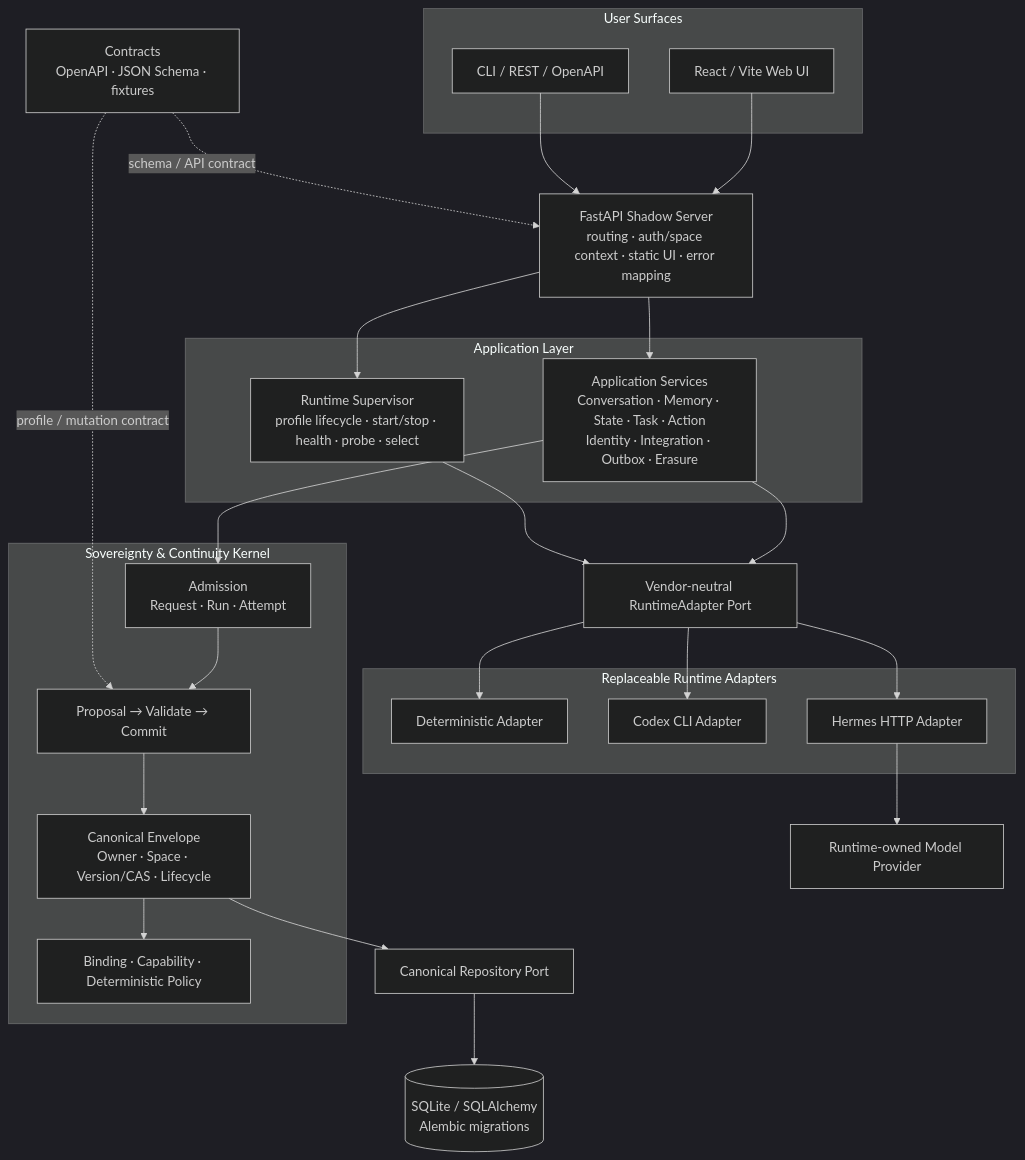
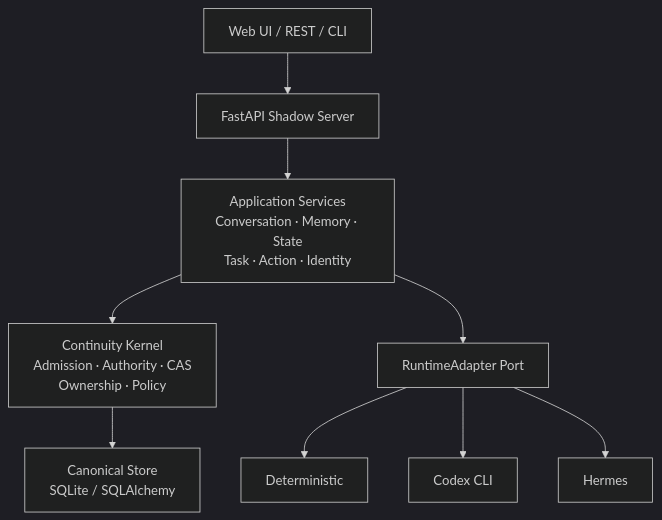
Before and after one commit to wzw57/OpenShadow: the diagram in README.md, drawn with Mermaid (dark theme). The commit also changed other lines of this file, not shown here.

````diff
--- a/README.md
+++ b/README.md
@@ -75,57 +80,28 @@
 ```mermaid
 flowchart TB
-    subgraph SURFACE["User Surfaces"]
-        WEB["React / Vite Web UI"]
-        API["CLI / REST / OpenAPI"]
-    end
+    UI["Web UI / REST / CLI"]
+    SERVER["FastAPI Shadow Server"]
 
-    SERVER["FastAPI Shadow Server<br/>routing · auth/space context · static UI · error mapping"]
+    APP["Application Services<br/>Conversation · Memory · State<br/>Task · Action · Identity"]
 
-    subgraph APP["Application Layer"]
-        SERVICES["Application Services<br/>Conversation · Memory · State · Task · Action<br/>Identity · Integration · Outbox · Erasure"]
-        SUPERVISOR["Runtime Supervisor<br/>profile lifecycle · start/stop · health · probe · select"]
-    end
+    KERNEL["Continuity Kernel<br/>Admission · Authority · CAS<br/>Ownership · Policy"]
 
-    subgraph KERNEL["Sovereignty & Continuity Kernel"]
-        ADMISSION["Admission<br/>Request · Run · Attempt"]
-        AUTHORITY["Proposal → Validate → Commit"]
-        CANONICAL["Canonical Envelope<br/>Owner · Space · Version/CAS · Lifecycle"]
-        GOVERNANCE["Binding · Capability · Deterministic Policy"]
-    end
+    PORT["RuntimeAdapter Port"]
 
-    RUNTIME_PORT["Vendor-neutral RuntimeAdapter Port"]
+    R1["Deterministic"]
+    R2["Codex CLI"]
+    R3["Hermes"]
 
-    subgraph RUNTIMES["Replaceable Runtime Adapters"]
-        DETERMINISTIC["Deterministic Adapter"]
-        CODEX["Codex CLI Adapter"]
-        HERMES["Hermes HTTP Adapter"]
-    end
+    STORE["Canonical Store<br/>SQLite / SQLAlchemy"]
 
-    REPO_PORT["Canonical Repository Port"]
-    SQLITE[("SQLite / SQLAlchemy<br/>Alembic migrations")]
-    PROVIDER["Runtime-owned Model Provider"]
-    CONTRACTS["Contracts<br/>OpenAPI · JSON Schema · fixtures"]
+    UI --> SERVER
+    SERVER --> APP
+    APP --> KERNEL
+    APP --> PORT
 
-    WEB --> SERVER
-    API --> SERVER
+    PORT --> R1
+    PORT --> R2
+    PORT --> R3
 
-    SERVER --> SERVICES
-    SERVER --> SUPERVISOR
-
-    SERVICES --> ADMISSION
-    ADMISSION --> AUTHORITY
-    AUTHORITY --> CANONICAL
-    CANONICAL --> GOVERNANCE
-    CANONICAL --> REPO_PORT
-    REPO_PORT --> SQLITE
-
-    SERVICES --> RUNTIME_PORT
-    SUPERVISOR --> RUNTIME_PORT
-    RUNTIME_PORT --> DETERMINISTIC
-    RUNTIME_PORT --> CODEX
-    RUNTIME_PORT --> HERMES
-    HERMES --> PROVIDER
-
-    CONTRACTS -. schema / API contract .-> SERVER
-    CONTRACTS -. profile / mutation contract .-> AUTHORITY
+    KERNEL --> STORE
 ```
````
